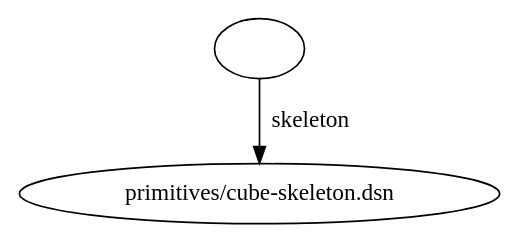
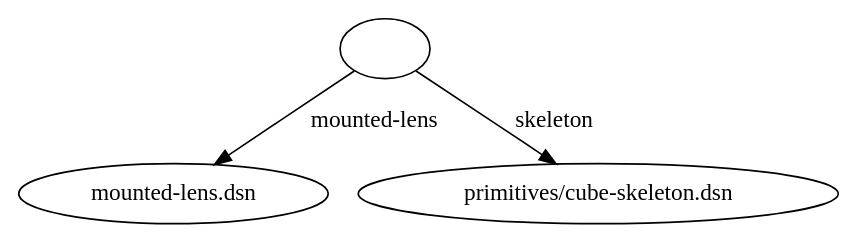
The diagram in examples/designs/cube-mounted/lens.dsn/_designs-graph:x.dot (openUC2/optikit), drawn with Graphviz before and after one commit. The commit also changed 181 other files, not shown here.

```diff
--- a/examples/designs/cube-mounted/lens.dsn/_designs-graph:x.dot
+++ b/examples/designs/cube-mounted/lens.dsn/_designs-graph:x.dot
@@ -1,16 +1,24 @@
 digraph "" {
-	graph [bb="0,0,244.67,124.8"];
+	graph [bb="0,0,421.77,124.8"];
 	node [label="\N"];
 	edge [label="\E"];
 	""	[height=0.5,
-		pos="122.34,106.8",
+		pos="189.43,106.8",
 		width=0.75];
+	"mounted-lens.dsn"	[height=0.5,
+		label="mounted-lens.dsn",
+		pos="79.432,18",
+		width=2.2064];
+	"" -> "mounted-lens.dsn"	[key=" -> mounted-lens.dsn: mounted-lens",
+		label="mounted-lens",
+		lp="182.39,62.4",
+		pos="e,100.44,35.58 172.73,92.617 155.94,79.374 129.72,58.679 109.34,42.6"];
 	"primitives/cube-skeleton.dsn"	[height=0.5,
 		label="primitives/cube-skeleton.dsn",
-		pos="122.34,18",
+		pos="299.43,18",
 		width=3.3982];
 	"" -> "primitives/cube-skeleton.dsn"	[key=" -> primitives/cube-skeleton.dsn: skeleton",
 		label=skeleton,
-		lp="145.66,62.4",
-		pos="e,122.34,36.41 122.34,88.651 122.34,76.958 122.34,61.192 122.34,47.618"];
+		lp="277.61,62.4",
+		pos="e,277.63,36.202 206.14,92.617 222.71,79.539 248.5,59.192 268.76,43.201"];
 }
```
